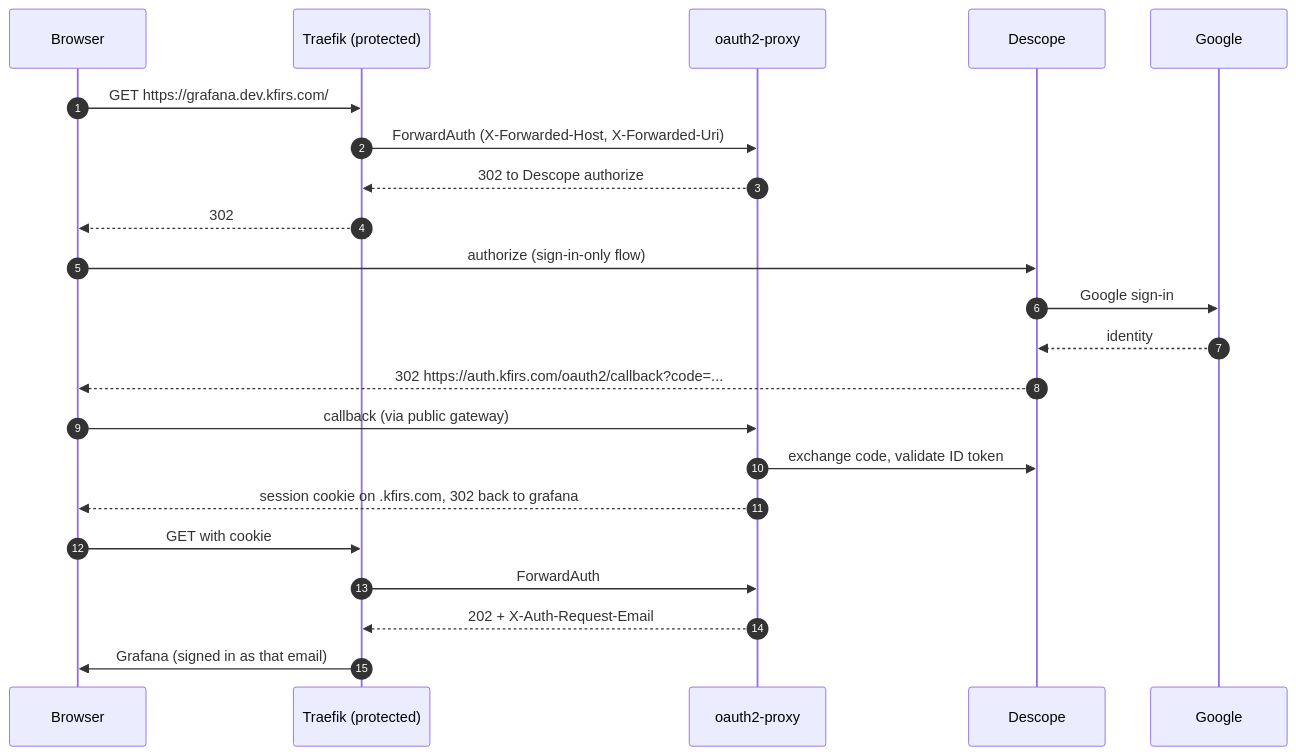
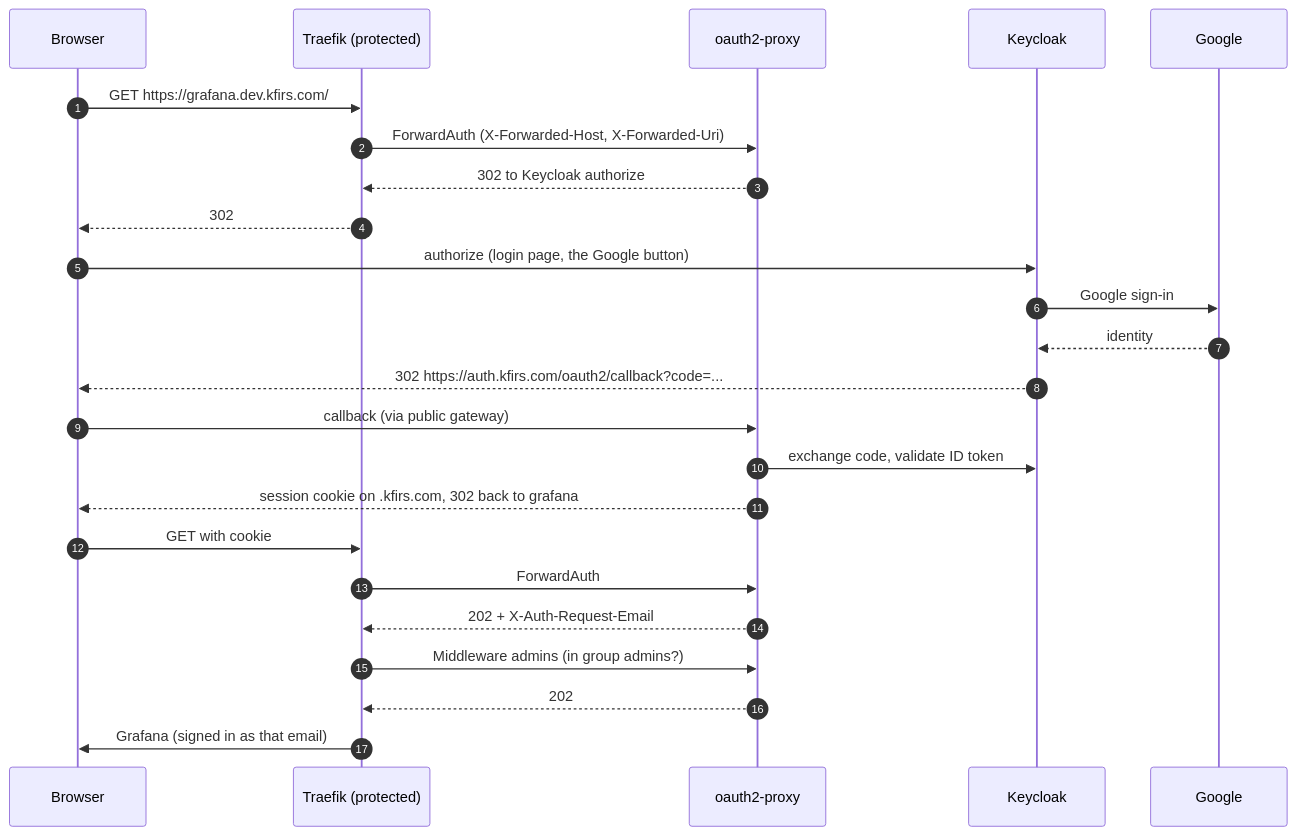
Before and after one commit to arikkfir-org/delivery: the second of 2 diagrams in docs/delivery/designs/phase-3-ingress-and-auth.md, drawn with Mermaid. The commit also changed other lines of this file and 14 other files, not shown here.

````diff
--- a/docs/delivery/designs/phase-3-ingress-and-auth.md
+++ b/docs/delivery/designs/phase-3-ingress-and-auth.md
@@ -48,24 +46,26 @@
 ```mermaid
 sequenceDiagram
   autonumber
   participant B as Browser
   participant T as Traefik (protected)
   participant O as oauth2-proxy
-  participant D as Descope
+  participant K as Keycloak
   participant G as Google
   B->>T: GET https://grafana.dev.kfirs.com/
   T->>O: ForwardAuth (X-Forwarded-Host, X-Forwarded-Uri)
-  O-->>T: 302 to Descope authorize
+  O-->>T: 302 to Keycloak authorize
   T-->>B: 302
-  B->>D: authorize (sign-in-only flow)
-  D->>G: Google sign-in
-  G-->>D: identity
-  D-->>B: 302 https://auth.kfirs.com/oauth2/callback?code=...
+  B->>K: authorize (login page, the Google button)
+  K->>G: Google sign-in
+  G-->>K: identity
+  K-->>B: 302 https://auth.kfirs.com/oauth2/callback?code=...
   B->>O: callback (via public gateway)
-  O->>D: exchange code, validate ID token
+  O->>K: exchange code, validate ID token
   O-->>B: session cookie on .kfirs.com, 302 back to grafana
   B->>T: GET with cookie
   T->>O: ForwardAuth
   O-->>T: 202 + X-Auth-Request-Email
+  T->>O: Middleware admins (in group admins?)
+  O-->>T: 202
   T->>B: Grafana (signed in as that email)
 ```
````
